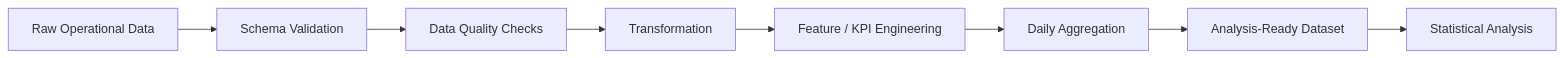
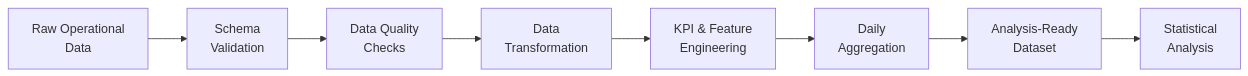
One commit to AnthonySotoData/RCO-AI changed the second of 3 diagrams in README.md. Above: the diagram before and after it, drawn with Mermaid. The commit also changed other lines of this file, not shown here.

Commit message:
Improve README architecture and pipeline diagrams

````diff
--- a/README.md
+++ b/README.md
@@ -184,12 +185,12 @@
 ```mermaid
 flowchart LR
 
-A[Raw Operational Data]
---> B[Schema Validation]
---> C[Data Quality Checks]
---> D[Transformation]
---> E[Feature / KPI Engineering]
---> F[Daily Aggregation]
---> G[Analysis-Ready Dataset]
---> H[Statistical Analysis]
+A["Raw Operational<br/>Data"]
+--> B["Schema<br/>Validation"]
+--> C["Data Quality<br/>Checks"]
+--> D["Data<br/>Transformation"]
+--> E["KPI & Feature<br/>Engineering"]
+--> F["Daily<br/>Aggregation"]
+--> G["Analysis-Ready<br/>Dataset"]
+--> H["Statistical<br/>Analysis"]
 ```
````
